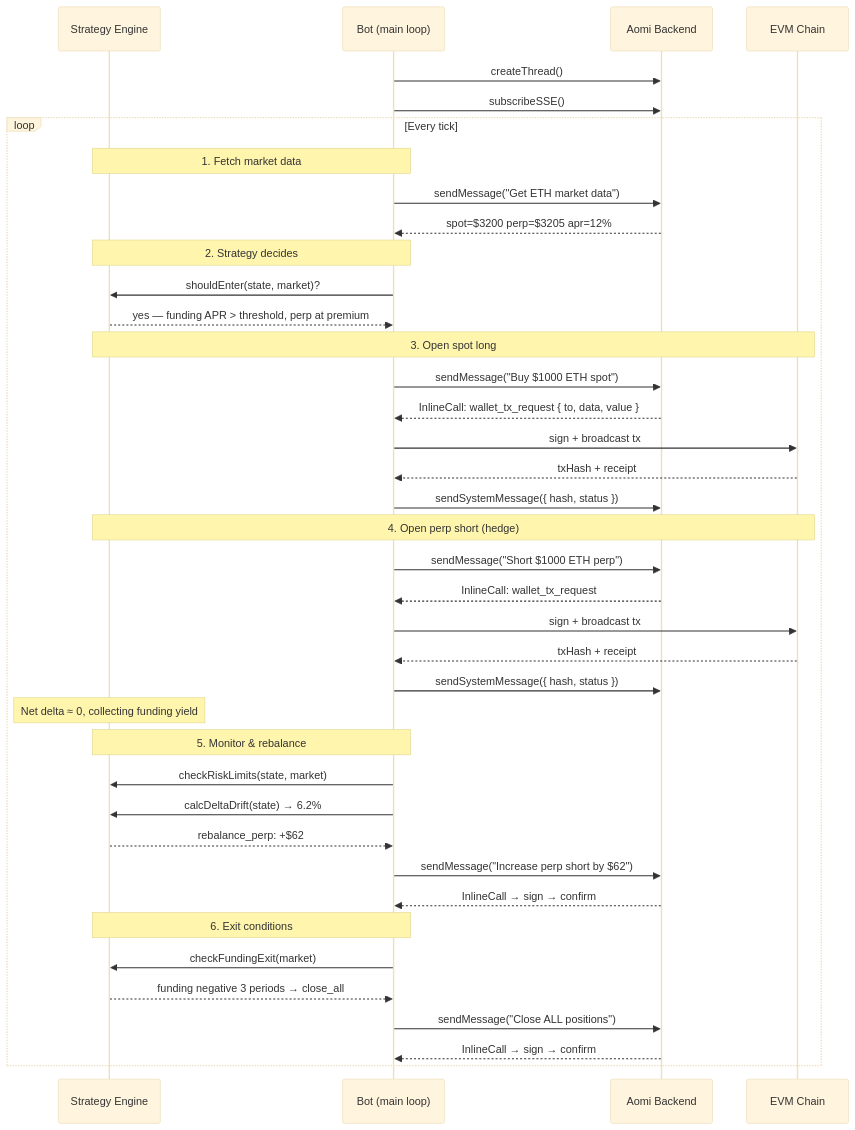
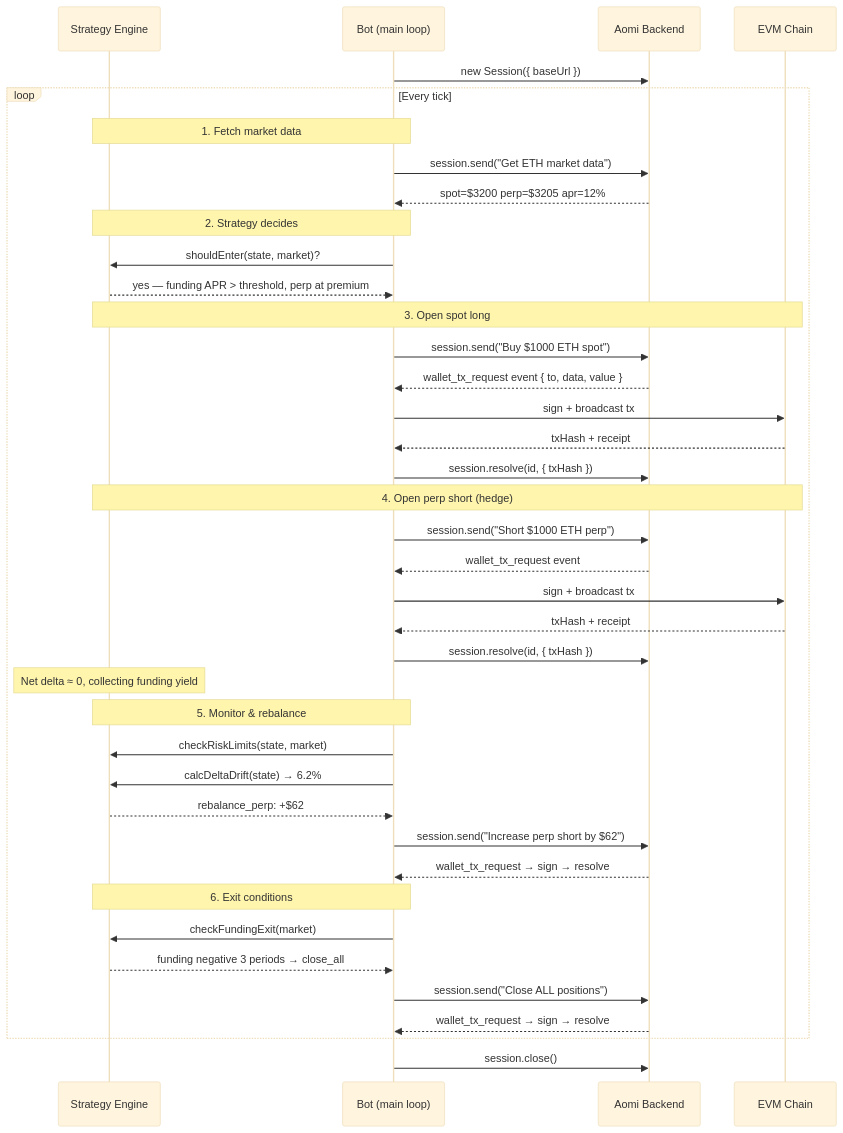
Before and after one commit to aomi-labs/aomi-client-example: the second of 2 diagrams in README.md, drawn with Mermaid (base theme). The commit also changed other lines of this file and 8 other files, not shown here.

````diff
--- a/README.md
+++ b/README.md
@@ -66,49 +66,50 @@
 ```mermaid
 sequenceDiagram
     participant Strategy as Strategy Engine
     participant Bot as Bot (main loop)
     participant Backend as Aomi Backend
     participant Chain as EVM Chain
 
-    Bot->>Backend: createThread()
-    Bot->>Backend: subscribeSSE()
+    Bot->>Backend: new Session({ baseUrl })
 
     loop Every tick
         Note over Strategy,Bot: 1. Fetch market data
-        Bot->>Backend: sendMessage("Get ETH market data")
+        Bot->>Backend: session.send("Get ETH market data")
         Backend-->>Bot: spot=$3200 perp=$3205 apr=12%
 
         Note over Strategy,Bot: 2. Strategy decides
         Bot->>Strategy: shouldEnter(state, market)?
         Strategy-->>Bot: yes — funding APR > threshold, perp at premium
 
         Note over Strategy,Chain: 3. Open spot long
-        Bot->>Backend: sendMessage("Buy $1000 ETH spot")
-        Backend-->>Bot: InlineCall: wallet_tx_request { to, data, value }
+        Bot->>Backend: session.send("Buy $1000 ETH spot")
+        Backend-->>Bot: wallet_tx_request event { to, data, value }
         Bot->>Chain: sign + broadcast tx
         Chain-->>Bot: txHash + receipt
-        Bot->>Backend: sendSystemMessage({ hash, status })
+        Bot->>Backend: session.resolve(id, { txHash })
 
         Note over Strategy,Chain: 4. Open perp short (hedge)
-        Bot->>Backend: sendMessage("Short $1000 ETH perp")
-        Backend-->>Bot: InlineCall: wallet_tx_request
+        Bot->>Backend: session.send("Short $1000 ETH perp")
+        Backend-->>Bot: wallet_tx_request event
         Bot->>Chain: sign + broadcast tx
         Chain-->>Bot: txHash + receipt
-        Bot->>Backend: sendSystemMessage({ hash, status })
+        Bot->>Backend: session.resolve(id, { txHash })
 
         Note over Strategy: Net delta ≈ 0, collecting funding yield
 
         Note over Strategy,Bot: 5. Monitor & rebalance
         Bot->>Strategy: checkRiskLimits(state, market)
         Bot->>Strategy: calcDeltaDrift(state) → 6.2%
         Strategy-->>Bot: rebalance_perp: +$62
-        Bot->>Backend: sendMessage("Increase perp short by $62")
-        Backend-->>Bot: InlineCall → sign → confirm
+        Bot->>Backend: session.send("Increase perp short by $62")
+        Backend-->>Bot: wallet_tx_request → sign → resolve
 
         Note over Strategy,Bot: 6. Exit conditions
         Bot->>Strategy: checkFundingExit(market)
         Strategy-->>Bot: funding negative 3 periods → close_all
-        Bot->>Backend: sendMessage("Close ALL positions")
-        Backend-->>Bot: InlineCall → sign → confirm
+        Bot->>Backend: session.send("Close ALL positions")
+        Backend-->>Bot: wallet_tx_request → sign → resolve
     end
+
+    Bot->>Backend: session.close()
 ```
````
